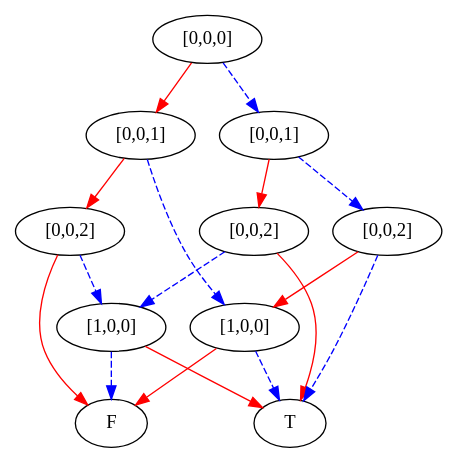
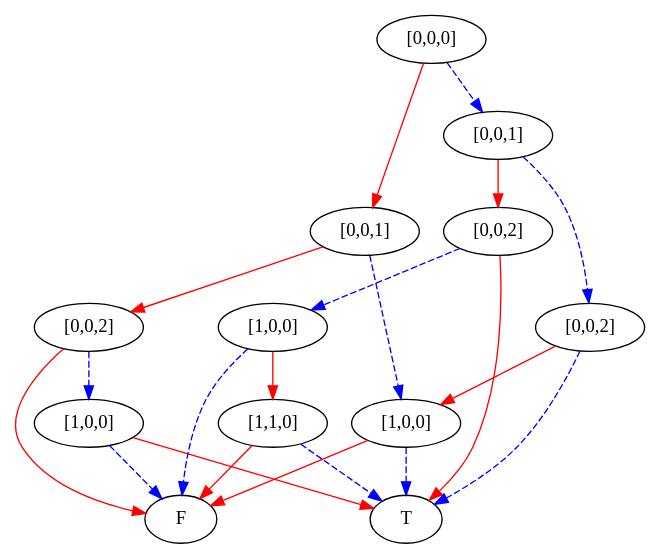
One commit to mburyakov/minxmod changed the diagram in simpleProgram1states.dot. Above: the diagram before and after it, drawn with Graphviz. The commit also changed 5 other files, not shown here.

```diff
--- a/simpleProgram1states.dot
+++ b/simpleProgram1states.dot
@@ -1,36 +1,44 @@
 digraph {
     1 [label=F];
     2 [label=T];
     3 [label="[1,0,0]"];
     4 [label="[0,0,2]"];
     5 [label="[1,0,0]"];
     6 [label="[0,0,1]"];
-    7 [label="[0,0,2]"];
-    8 [label="[0,0,2]"];
-    9 [label="[0,0,1]"];
-    10 [label="[0,0,0]"];
+    7 [label="[1,1,0]"];
+    8 [label="[1,0,0]"];
+    9 [label="[0,0,2]"];
+    10 [label="[0,0,2]"];
+    11 [label="[0,0,1]"];
+    12 [label="[0,0,0]"];
     3 -> 1 [style=dashed
            ,color=blue];
     3 -> 2 [color=red];
     4 -> 3 [style=dashed
            ,color=blue];
     4 -> 1 [color=red];
     5 -> 2 [style=dashed
            ,color=blue];
     5 -> 1 [color=red];
     6 -> 4 [color=red];
     6 -> 5 [style=dashed
            ,color=blue];
-    7 -> 3 [style=dashed
+    7 -> 2 [style=dashed
            ,color=blue];
-    7 -> 2 [color=red];
-    8 -> 5 [color=red];
-    8 -> 2 [style=dashed
+    7 -> 1 [color=red];
+    8 -> 7 [color=red];
+    8 -> 1 [style=dashed
            ,color=blue];
-    9 -> 7 [color=red];
     9 -> 8 [style=dashed
            ,color=blue];
-    10 -> 6 [color=red];
-    10 -> 9 [style=dashed
+    9 -> 2 [color=red];
+    10 -> 5 [color=red];
+    10 -> 2 [style=dashed
             ,color=blue];
+    11 -> 9 [color=red];
+    11 -> 10 [style=dashed
+             ,color=blue];
+    12 -> 6 [color=red];
+    12 -> 11 [style=dashed
+             ,color=blue];
 }
```
